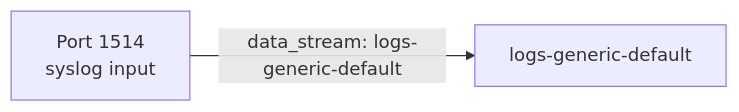
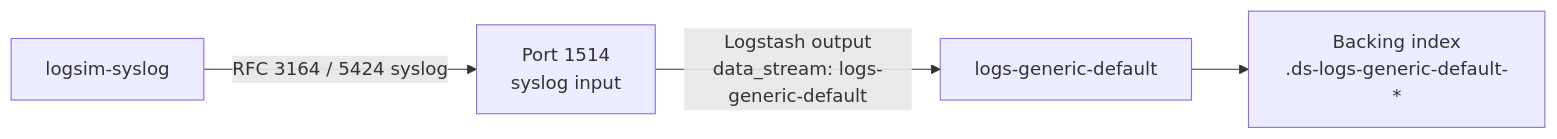
One commit to matthew-hollick/elastic-logstash-lab changed the second of 4 diagrams in README.md. Above: the diagram before and after it, drawn with Mermaid. The commit also changed other lines of this file, not shown here.

First line of the commit message:
Review and update README data flow diagrams and run instructions

````diff
--- a/README.md
+++ b/README.md
@@ -72,4 +100,6 @@
 ```mermaid
 flowchart LR
-    A["Port 1514<br/>syslog input"] -->|"data_stream: logs-generic-default"| B["logs-generic-default"]
+    A[logsim-syslog] -->|"RFC 3164 / 5424 syslog"| B["Port 1514<br/>syslog input"]
+    B -->|"Logstash output<br/>data_stream: logs-generic-default"| C["logs-generic-default"]
+    C --> D["Backing index<br/>.ds-logs-generic-default-*"]
 ```
````
